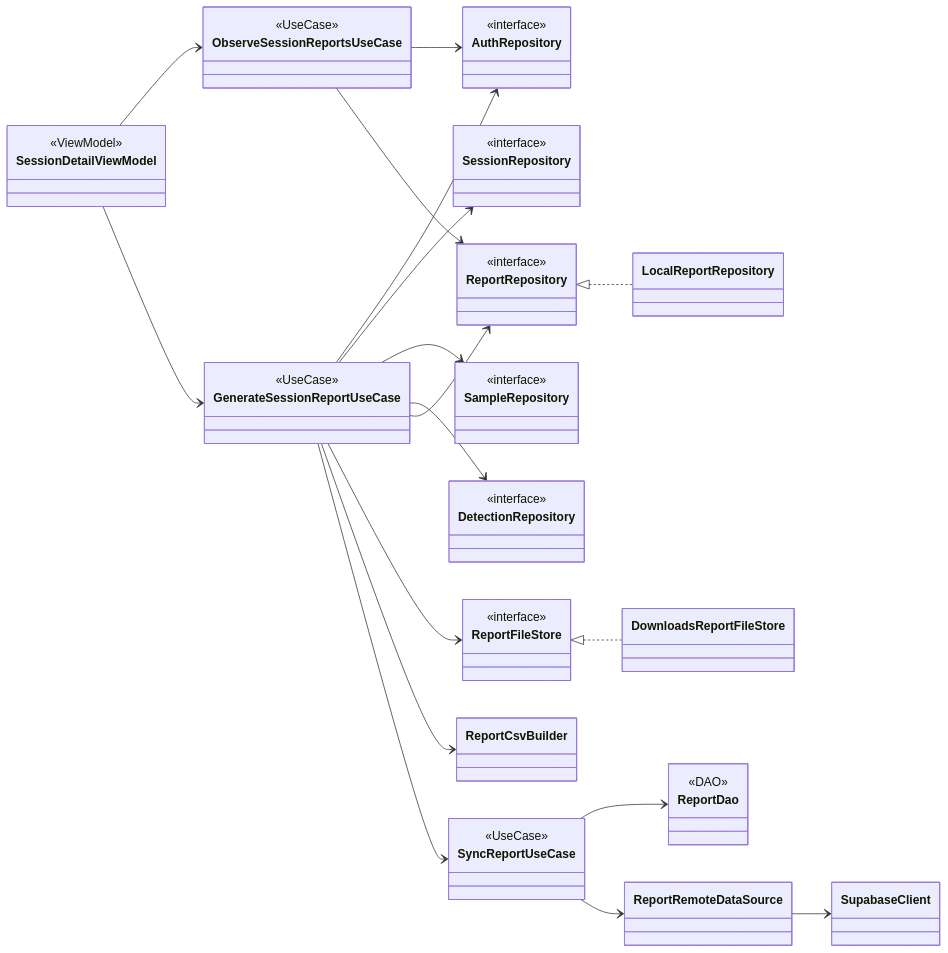
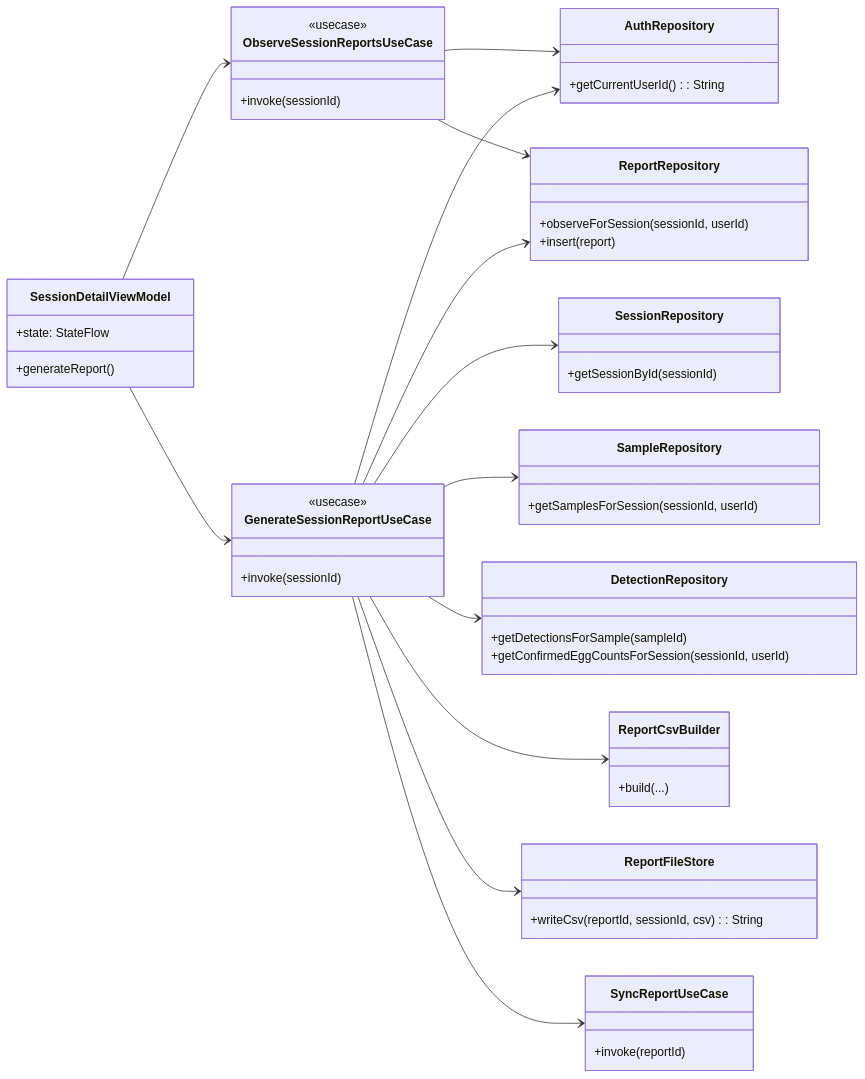
Before and after one commit to Joryuoo/AgarthaVision: the diagram in docs/class/3.1.md, drawn with Mermaid. The commit also changed 11 other files, not shown here.

Commit message:
docs: sequence diagram in mermaid

````diff
--- a/docs/class/3.1.md
+++ b/docs/class/3.1.md
@@ -3,46 +3,67 @@
 ```mermaid
 classDiagram
 direction LR
 
-class SessionDetailViewModel <<ViewModel>>
+class SessionDetailViewModel {
+  +state: StateFlow
+  +generateReport()
+}
+
+class ObserveSessionReportsUseCase {
+  <<usecase>>
+  +invoke(sessionId)
+}
+
+class GenerateSessionReportUseCase {
+  <<usecase>>
+  +invoke(sessionId)
+}
+
+class AuthRepository {
+  +getCurrentUserId(): String
+}
+
+class SessionRepository {
+  +getSessionById(sessionId)
+}
+
+class SampleRepository {
+  +getSamplesForSession(sessionId, userId)
+}
+
+class DetectionRepository {
+  +getDetectionsForSample(sampleId)
+  +getConfirmedEggCountsForSession(sessionId, userId)
+}
+
+class ReportCsvBuilder {
+  +build(...)
+}
+
+class ReportFileStore {
+  +writeCsv(reportId, sessionId, csv): String
+}
+
+class ReportRepository {
+  +observeForSession(sessionId, userId)
+  +insert(report)
+}
+
+class SyncReportUseCase {
+  +invoke(reportId)
+}
+
 SessionDetailViewModel --> ObserveSessionReportsUseCase
-SessionDetailViewModel --> GenerateSessionReportUseCase
-
-class ObserveSessionReportsUseCase <<UseCase>>
 ObserveSessionReportsUseCase --> AuthRepository
 ObserveSessionReportsUseCase --> ReportRepository
 
-class GenerateSessionReportUseCase <<UseCase>>
+SessionDetailViewModel --> GenerateSessionReportUseCase
 GenerateSessionReportUseCase --> AuthRepository
 GenerateSessionReportUseCase --> SessionRepository
 GenerateSessionReportUseCase --> SampleRepository
 GenerateSessionReportUseCase --> DetectionRepository
+GenerateSessionReportUseCase --> ReportCsvBuilder
+GenerateSessionReportUseCase --> ReportFileStore
 GenerateSessionReportUseCase --> ReportRepository
-GenerateSessionReportUseCase --> ReportFileStore
-GenerateSessionReportUseCase --> ReportCsvBuilder
 GenerateSessionReportUseCase --> SyncReportUseCase
-
-class ReportCsvBuilder
-
-class ReportFileStore <<interface>>
-class DownloadsReportFileStore
-ReportFileStore <|.. DownloadsReportFileStore
-
-class ReportRepository <<interface>>
-class LocalReportRepository
-ReportRepository <|.. LocalReportRepository
-
-class SyncReportUseCase <<UseCase>>
-SyncReportUseCase --> ReportDao
-SyncReportUseCase --> ReportRemoteDataSource
-
-class ReportRemoteDataSource
-ReportRemoteDataSource --> SupabaseClient
-
-class AuthRepository <<interface>>
-class SessionRepository <<interface>>
-class SampleRepository <<interface>>
-class DetectionRepository <<interface>>
-class ReportDao <<DAO>>
-class SupabaseClient
 ```
````
